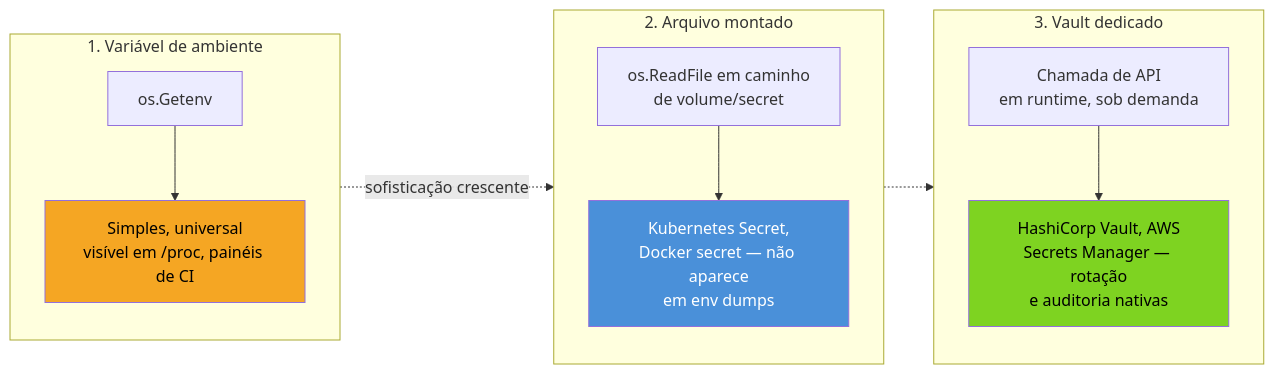
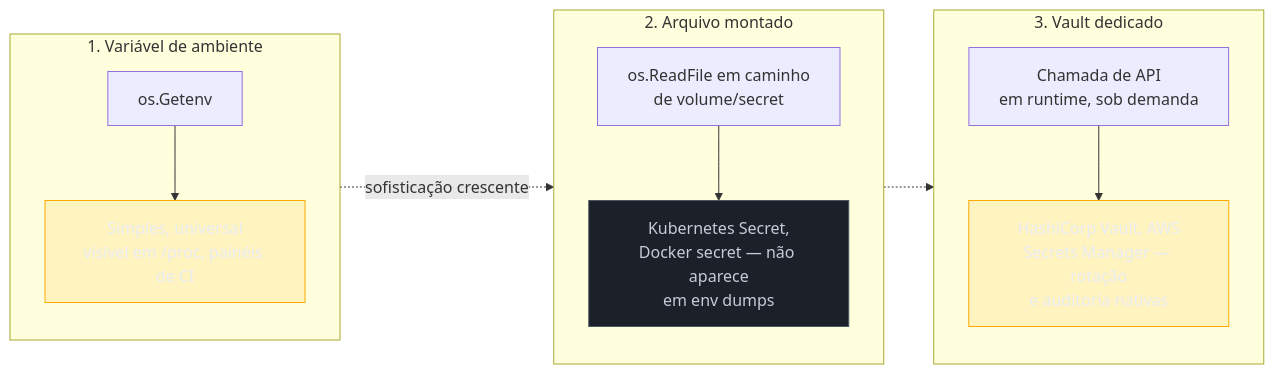
The second of 2 diagrams in 03-Dominios/Tecnologia/Go/19 - Segurança/06 - Secrets e configuração segura.md (josenaldo/codex-technomanticus), drawn with Mermaid before and after one commit. The commit also changed other lines of this file and 1181 other files, not shown here.

First line of the commit message:
fix(diagramas): paleta do sistema no lugar de cor cravada no markdown

````diff
--- a/03-Dominios/Tecnologia/Go/19 - Segurança/06 - Secrets e configuração segura.md
+++ b/03-Dominios/Tecnologia/Go/19 - Segurança/06 - Secrets e configuração segura.md
@@ -170,19 +172,21 @@
 ```mermaid
 flowchart LR
+    classDef destaque fill:#FFAA0024,stroke:#FFAA00,color:#E9ECF2
+    classDef neutro fill:#1B2029,stroke:#4E5666,color:#C6CCD8
     subgraph Env["1. Variável de ambiente"]
         E1["os.Getenv"] --> E2["Simples, universal\nvisível em /proc, painéis de CI"]
     end
     subgraph Mount["2. Arquivo montado"]
         M1["os.ReadFile em caminho\nde volume/secret"] --> M2["Kubernetes Secret,\nDocker secret — não aparece\nem env dumps"]
     end
     subgraph VaultBox["3. Vault dedicado"]
         V1["Chamada de API\nem runtime, sob demanda"] --> V2["HashiCorp Vault, AWS\nSecrets Manager — rotação\ne auditoria nativas"]
     end
 
     Env -.->|"sofisticação crescente"| Mount
     Mount -.-> VaultBox
 
-    style E2 fill:#F5A623,color:#000
-    style M2 fill:#4A90D9,color:#fff
-    style V2 fill:#7ED321,color:#000
+    class E2 destaque
+    class M2 neutro
+    class V2 destaque
 ```
````
